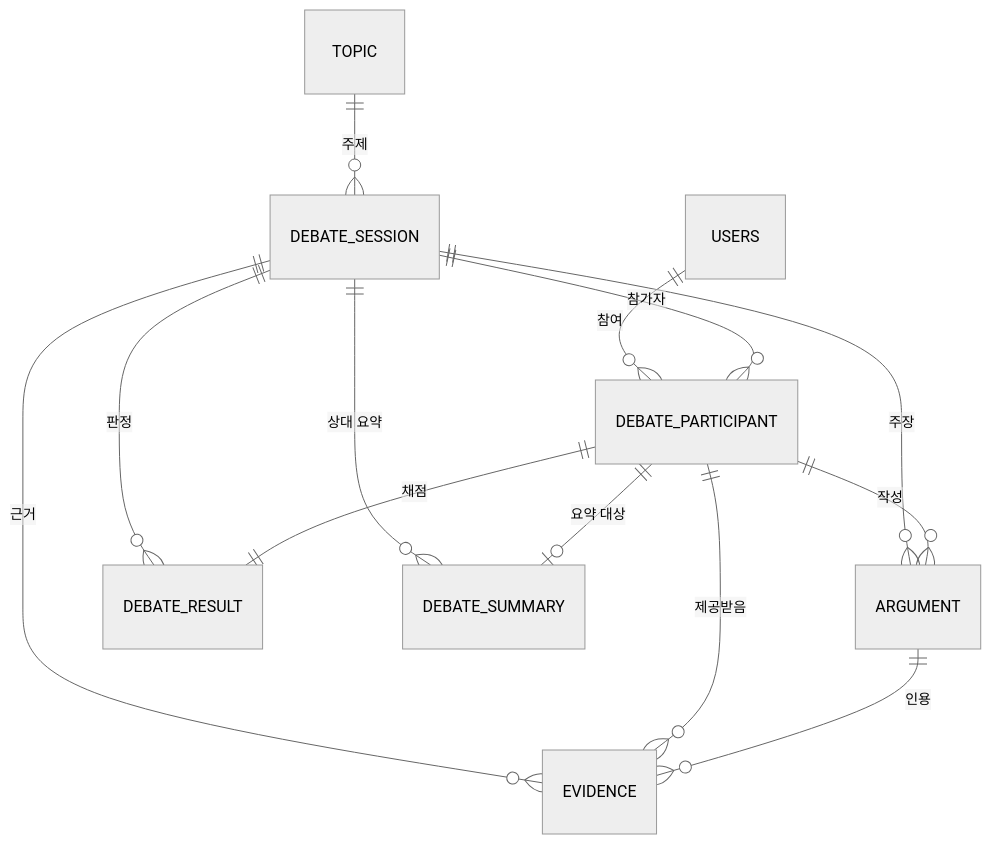
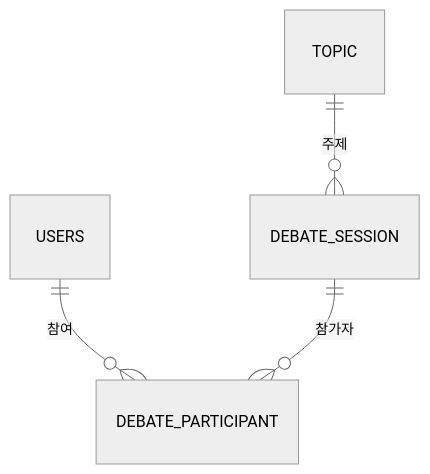
One commit to LIKELION14-DemoDay/yacha-backend changed the first of 2 diagrams in docs/야차철학_ERD_API명세_Final_v2.md. Above: the diagram before and after it, drawn with Mermaid (neutral theme). The commit also changed other lines of this file, not shown here.

````diff
--- a/docs/야차철학_ERD_API명세_Final_v2.md
+++ b/docs/야차철학_ERD_API명세_Final_v2.md
@@ -26,19 +33,8 @@
 ```mermaid
 erDiagram
     USERS ||--o{ DEBATE_PARTICIPANT : "참여"
 
     TOPIC ||--o{ DEBATE_SESSION : "주제"
 
     DEBATE_SESSION ||--o{ DEBATE_PARTICIPANT : "참가자"
-    DEBATE_SESSION ||--o{ ARGUMENT : "주장"
-    DEBATE_SESSION ||--o{ EVIDENCE : "근거"
-    DEBATE_SESSION ||--o{ DEBATE_RESULT : "판정"
-    DEBATE_SESSION ||--o{ DEBATE_SUMMARY : "상대 요약"
-
-    DEBATE_PARTICIPANT ||--o{ ARGUMENT : "작성"
-    DEBATE_PARTICIPANT ||--o{ EVIDENCE : "제공받음"
-    DEBATE_PARTICIPANT ||--|| DEBATE_RESULT : "채점"
-    DEBATE_PARTICIPANT ||--o| DEBATE_SUMMARY : "요약 대상"
-
-    ARGUMENT ||--o{ EVIDENCE : "인용"
 ```
````
